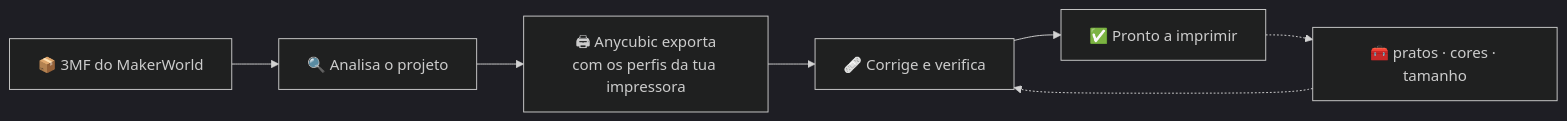
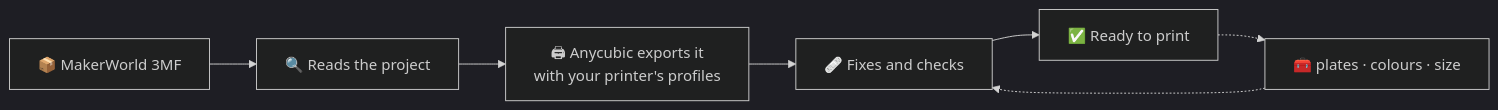
One commit to GodFaizT/makerworld-to-any changed the second of 2 diagrams in README.md. Above: the diagram before and after it, drawn with Mermaid (dark theme). The commit also changed other lines of this file and 6 other files, not shown here.

````diff
--- a/README.md
+++ b/README.md
@@ -360,9 +369,9 @@
 ```mermaid
 flowchart LR
-    A["📦 3MF do MakerWorld"] --> B["🔍 Analisa o projeto"]
-    B --> C["🖨 Anycubic exporta<br/>com os perfis da tua impressora"]
-    C --> D["🩹 Corrige e verifica"]
-    D --> E["✅ Pronto a imprimir"]
-    E -.-> F["🧰 pratos · cores · tamanho"]
+    A["📦 MakerWorld 3MF"] --> B["🔍 Reads the project"]
+    B --> C["🖨 Anycubic exports it<br/>with your printer's profiles"]
+    C --> D["🩹 Fixes and checks"]
+    D --> E["✅ Ready to print"]
+    E -.-> F["🧰 plates · colours · size"]
     F -.-> D
 ```
````
